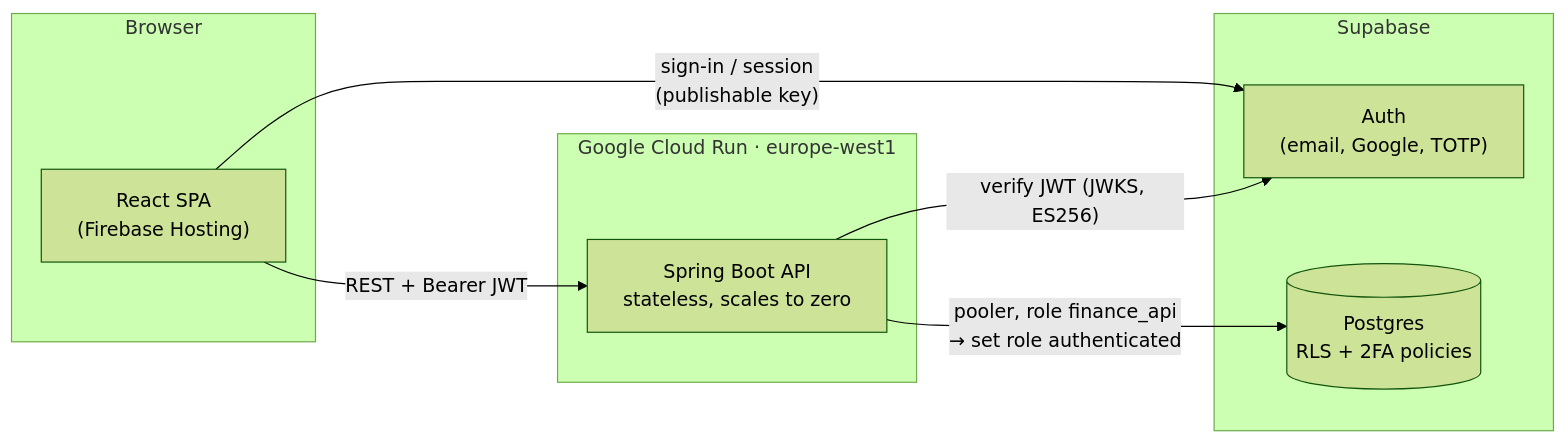
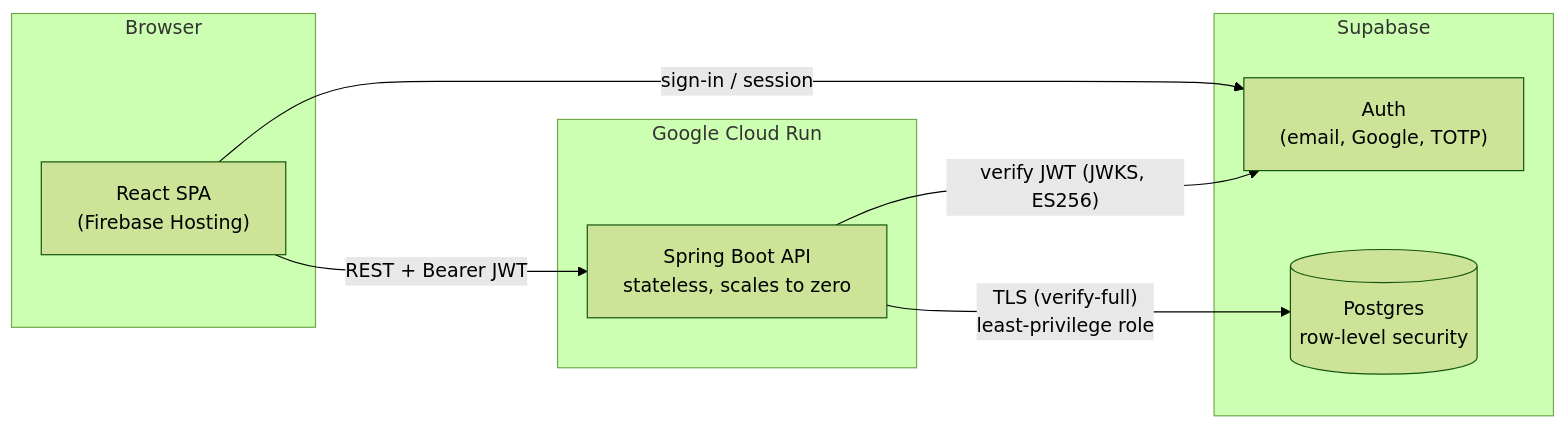
One commit to Dooney-dotcom/Finance-Tracker changed the diagram in README.md. Above: the diagram before and after it, drawn with Mermaid (forest theme). The commit also changed other lines of this file and 4 other files, not shown here.

````diff
--- a/README.md
+++ b/README.md
@@ -111,18 +69,18 @@
 ```mermaid
 flowchart LR
     subgraph Browser
         SPA["React SPA<br/>(Firebase Hosting)"]
     end
-    subgraph GCR["Google Cloud Run · europe-west1"]
+    subgraph GCR["Google Cloud Run"]
         API["Spring Boot API<br/>stateless, scales to zero"]
     end
     subgraph Supabase
         AUTH["Auth<br/>(email, Google, TOTP)"]
-        DB[("Postgres<br/>RLS + 2FA policies")]
+        DB[("Postgres<br/>row-level security")]
     end
 
-    SPA -- "sign-in / session<br/>(publishable key)" --> AUTH
+    SPA -- "sign-in / session" --> AUTH
     SPA -- "REST + Bearer JWT" --> API
     API -- "verify JWT (JWKS, ES256)" --> AUTH
-    API -- "pooler, role finance_api<br/>→ set role authenticated" --> DB
+    API -- "TLS (verify-full)<br/>least-privilege role" --> DB
 ```
````
